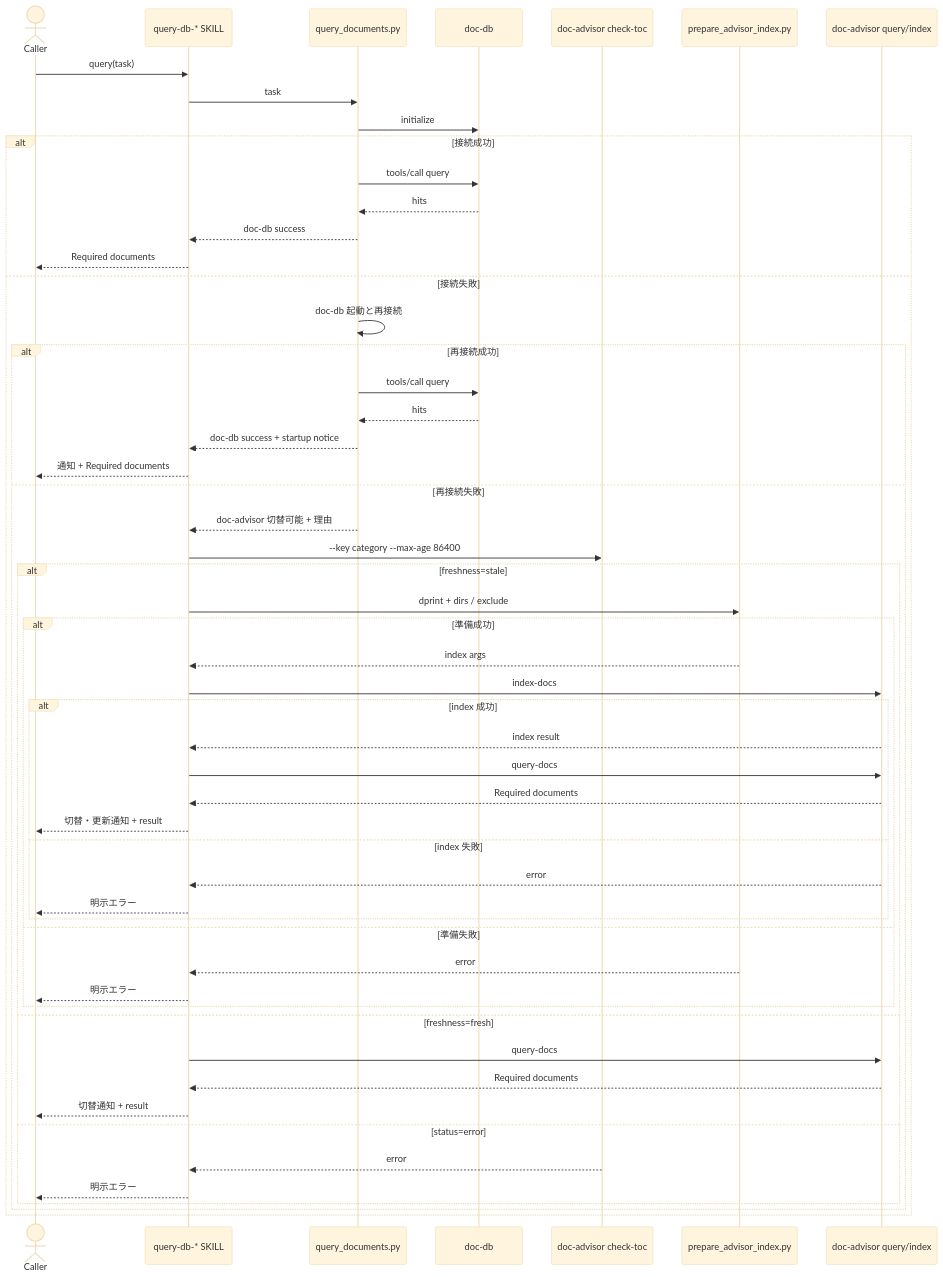
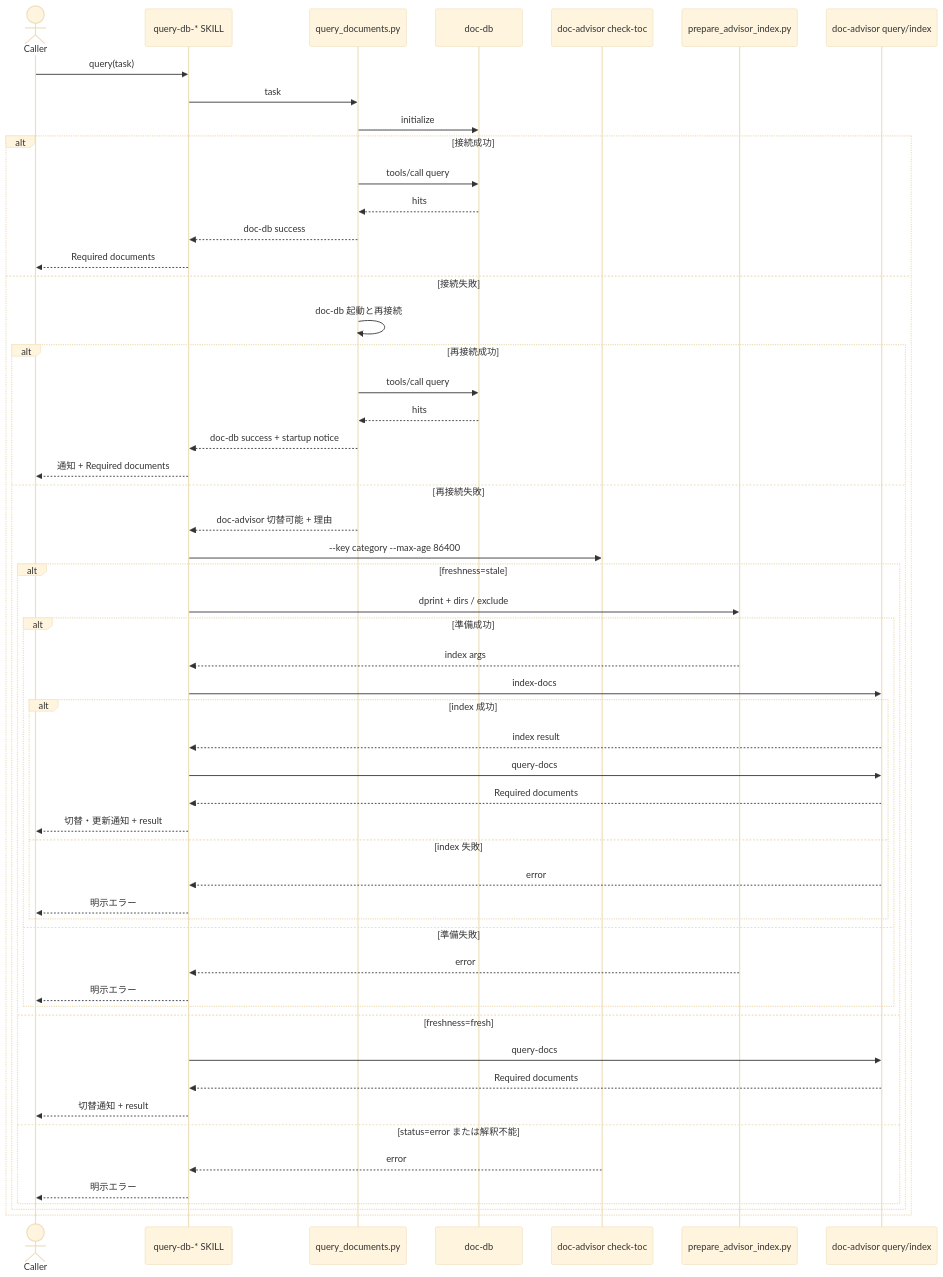
Before and after one commit to BlueEventHorizon/bw-cc-plugins: the second of 3 diagrams in docs/specs/doc-db/design/DES-057_doc_db_backend_selection_design.md, drawn with Mermaid (base theme). The commit also changed other lines of this file, not shown here.

````diff
--- a/docs/specs/doc-db/design/DES-057_doc_db_backend_selection_design.md
+++ b/docs/specs/doc-db/design/DES-057_doc_db_backend_selection_design.md
@@ -343,57 +431,57 @@
 ```mermaid
 sequenceDiagram
     actor Caller
     participant Skill as query-db-* SKILL
     participant Script as query_documents.py
     participant DB as doc-db
     participant CheckToc as doc-advisor check-toc
     participant Prepare as prepare_advisor_index.py
     participant Advisor as doc-advisor query/index
 
     Caller->>Skill: query(task)
     Skill->>Script: task
     Script->>DB: initialize
     alt 接続成功
         Script->>DB: tools/call query
         DB-->>Script: hits
         Script-->>Skill: doc-db success
         Skill-->>Caller: Required documents
     else 接続失敗
         Script->>Script: doc-db 起動と再接続
         alt 再接続成功
             Script->>DB: tools/call query
             DB-->>Script: hits
             Script-->>Skill: doc-db success + startup notice
             Skill-->>Caller: 通知 + Required documents
         else 再接続失敗
             Script-->>Skill: doc-advisor 切替可能 + 理由
             Skill->>CheckToc: --key category --max-age 86400
             alt freshness=stale
                 Skill->>Prepare: dprint + dirs / exclude
                 alt 準備成功
                     Prepare-->>Skill: index args
                     Skill->>Advisor: index-docs
                     alt index 成功
                         Advisor-->>Skill: index result
                         Skill->>Advisor: query-docs
                         Advisor-->>Skill: Required documents
                         Skill-->>Caller: 切替・更新通知 + result
                     else index 失敗
                         Advisor-->>Skill: error
                         Skill-->>Caller: 明示エラー
                     end
                 else 準備失敗
                     Prepare-->>Skill: error
                     Skill-->>Caller: 明示エラー
                 end
             else freshness=fresh
                 Skill->>Advisor: query-docs
                 Advisor-->>Skill: Required documents
                 Skill-->>Caller: 切替通知 + result
-            else status=error
+            else status=error または解釈不能
                 CheckToc-->>Skill: error
                 Skill-->>Caller: 明示エラー
             end
         end
     end
 ```
````
